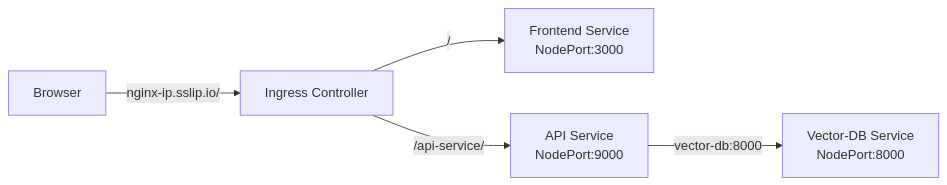
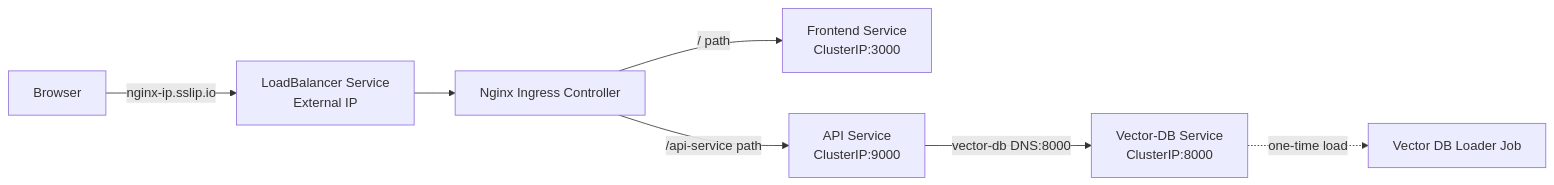
One commit to dlops-io/cheese-app-v3 changed the diagram in README.md. Above: the diagram before and after it, drawn with Mermaid. The commit also changed other lines of this file and 2 other files, not shown here.

````diff
--- a/README.md
+++ b/README.md
@@ -459,12 +459,16 @@
 ```mermaid
 graph LR
-    B[Browser] -->|nginx-ip.sslip.io/| I[Ingress Controller]
-    I -->|/| F[Frontend Service<br/>NodePort:3000]
-    I -->|/api-service/| A[API Service<br/>NodePort:9000]
-    A -->|vector-db:8000| V[Vector-DB Service<br/>NodePort:8000]
-
+    B[Browser] -->|nginx-ip.sslip.io| LB[LoadBalancer Service<br/>External IP]
+    LB --> I[Nginx Ingress Controller]
+    I -->|/ path| F[Frontend Service<br/>ClusterIP:3000]
+    I -->|/api-service path| A[API Service<br/>ClusterIP:9000]
+    A -->|vector-db DNS:8000| V[Vector-DB Service<br/>ClusterIP:8000]
+    V -.->|one-time load| J[Vector DB Loader Job]
+    
+    style LB fill:#yellow
     style I fill:#lightblue
     style F fill:#lightgreen
     style A fill:#lightgreen
     style V fill:#lightgreen
+    style J fill:#orange
 ```
````
